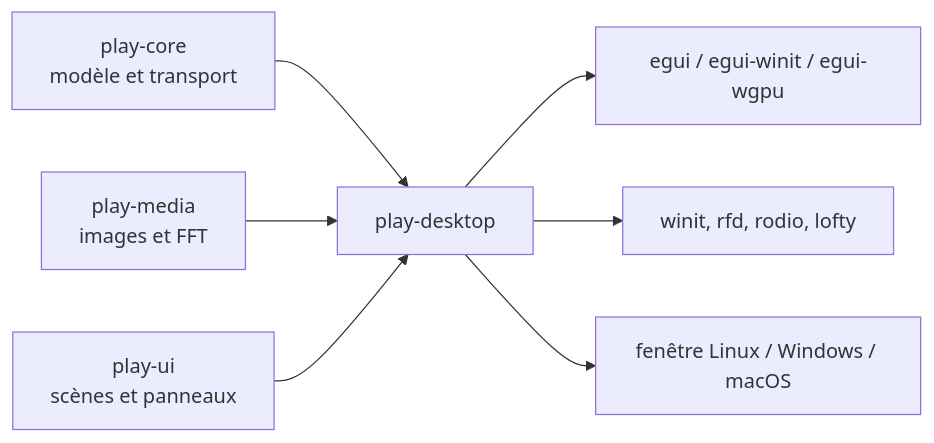
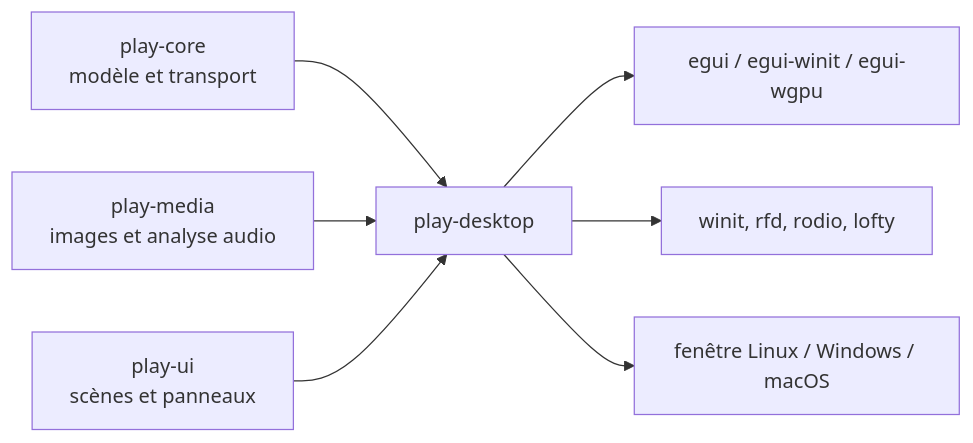
Before and after one commit to Conan42/Play: the first of 3 diagrams in docs/ARCHITECTURE.md, drawn with Mermaid. The commit also changed other lines of this file and 6 other files, not shown here.

````diff
--- a/docs/ARCHITECTURE.md
+++ b/docs/ARCHITECTURE.md
@@ -10,9 +10,9 @@
 ```mermaid
 flowchart LR
     Core[play-core\nmodèle et transport] --> Desktop[play-desktop]
-    Media[play-media\nimages et FFT] --> Desktop
+    Media[play-media\nimages et analyse audio] --> Desktop
     UI[play-ui\nscènes et panneaux] --> Desktop
     Desktop --> Egui[egui / egui-winit / egui-wgpu]
     Desktop --> Native[winit, rfd, rodio, lofty]
     Desktop --> Window[fenêtre Linux / Windows / macOS]
 ```
````
